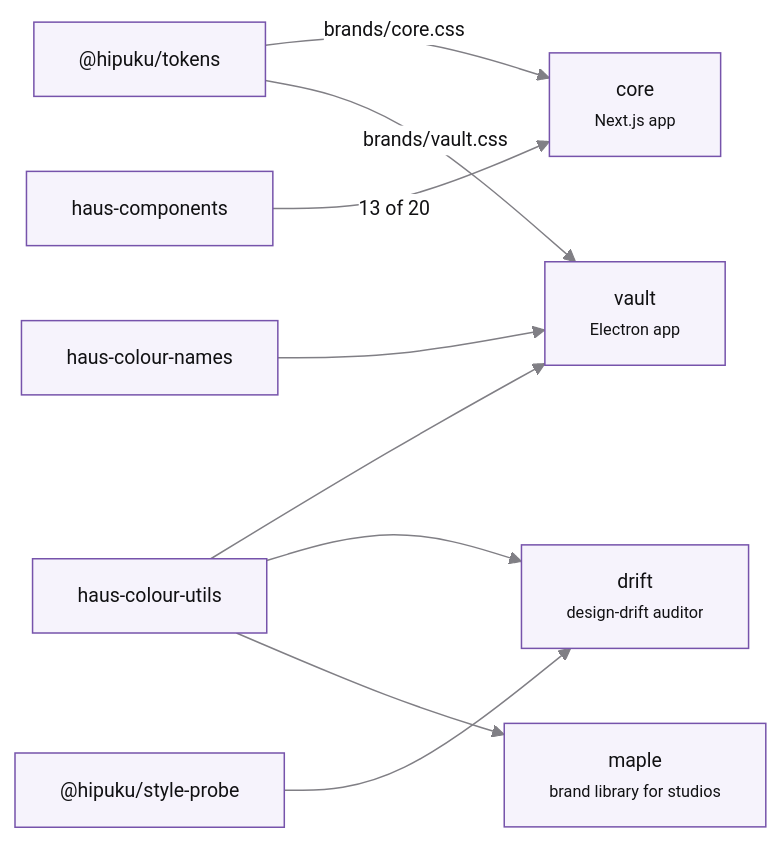
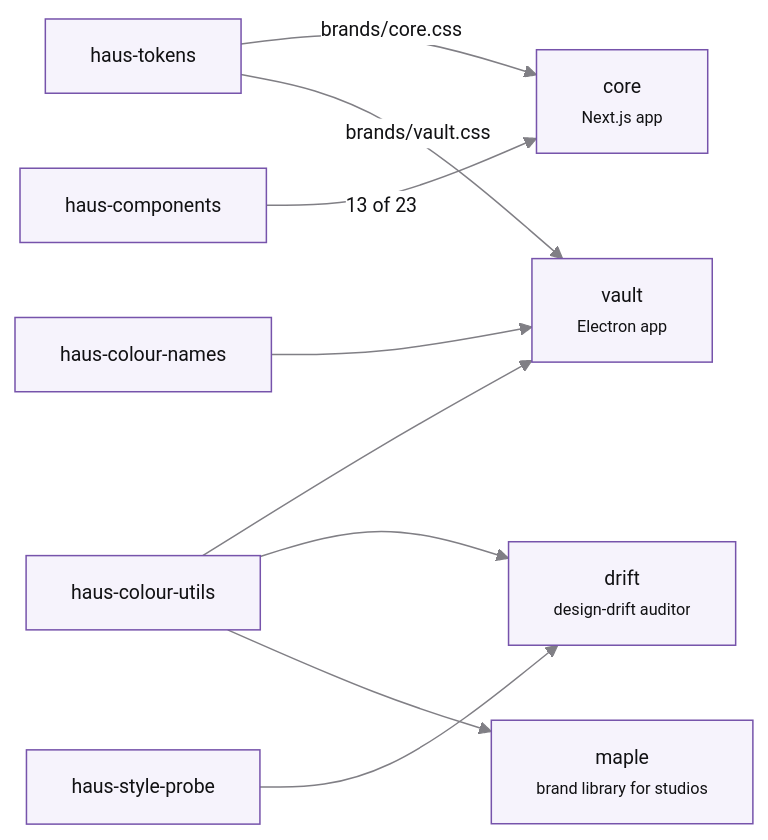
Before and after one commit to hipuku/haus: the second of 4 diagrams in ARCHITECTURE.md, drawn with Mermaid. The commit also changed other lines of this file and 9 other files, not shown here.

````diff
--- a/ARCHITECTURE.md
+++ b/ARCHITECTURE.md
@@ -75,23 +83,23 @@
 ```mermaid
 %%{init: {'theme':'base','themeVariables':{'primaryColor':'#f6f3fc','primaryBorderColor':'#7653ab','primaryTextColor':'#111113','lineColor':'#807f85','secondaryColor':'#f5f4f9','tertiaryColor':'#ffffff','fontFamily':'Manrope, ui-sans-serif, system-ui','fontSize':'13px','clusterBkg':'#fcfbfe','clusterBorder':'#e7e7ed','titleColor':'#442a68','edgeLabelBackground':'#ffffff'},'themeCSS':'background-color:#ffffff;border-radius:8px;'}}%%
 flowchart LR
-    T["@hipuku/tokens"]
+    T["haus-tokens"]
     C["haus-components"]
     U["haus-colour-utils"]
     N["haus-colour-names"]
-    P["@hipuku/style-probe"]
+    P["haus-style-probe"]
 
     CORE["core<br/><small>Next.js app</small>"]
     VAULT["vault<br/><small>Electron app</small>"]
     DRIFT["drift<br/><small>design-drift auditor</small>"]
     MAPLE["maple<br/><small>brand library for studios</small>"]
 
     T -- "brands/core.css" --> CORE
-    C -- "13 of 20" --> CORE
+    C -- "13 of 23" --> CORE
     T -- "brands/vault.css" --> VAULT
     U --> VAULT
     N --> VAULT
     U --> DRIFT
     P --> DRIFT
     U --> MAPLE
 ```
````
